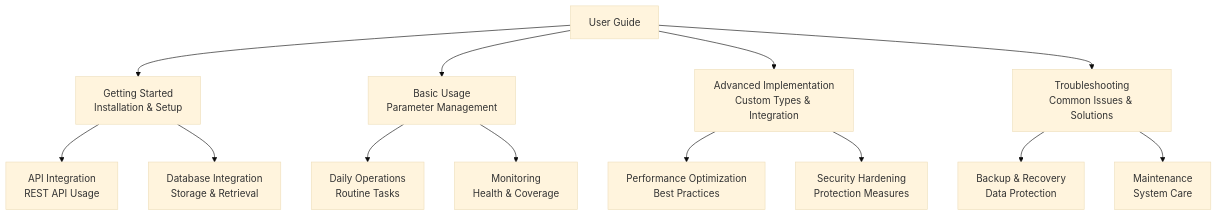
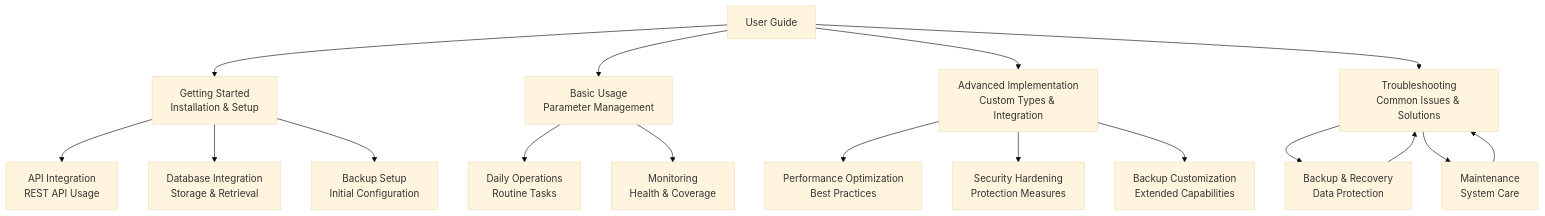
One commit to franckylab/eLISAschool changed diagram 14 of 16 in .qoder/repowiki/en/content/Configuration & Environment Management.md. Above: the diagram before and after it, drawn with Mermaid (base theme). The commit also changed other lines of this file and 254 other files, not shown here.

````diff
--- a/.qoder/repowiki/en/content/Configuration & Environment Management.md
+++ b/.qoder/repowiki/en/content/Configuration & Environment Management.md
@@ -518,15 +790,19 @@
 ```mermaid
 flowchart TD
 UserGuide["User Guide"] --> GettingStarted["Getting Started<br/>Installation & Setup"]
 UserGuide --> BasicUsage["Basic Usage<br/>Parameter Management"]
 UserGuide --> AdvancedImpl["Advanced Implementation<br/>Custom Types & Integration"]
 UserGuide --> Troubleshooting["Troubleshooting<br/>Common Issues & Solutions"]
 GettingStarted --> APIIntegration["API Integration<br/>REST API Usage"]
 GettingStarted --> DBIntegration["Database Integration<br/>Storage & Retrieval"]
+GettingStarted --> BackupSetup["Backup Setup<br/>Initial Configuration"]
 BasicUsage --> DailyOps["Daily Operations<br/>Routine Tasks"]
 BasicUsage --> Monitoring["Monitoring<br/>Health & Coverage"]
 AdvancedImpl --> Performance["Performance Optimization<br/>Best Practices"]
 AdvancedImpl --> Security["Security Hardening<br/>Protection Measures"]
+AdvancedImpl --> BackupCustomization["Backup Customization<br/>Extended Capabilities"]
 Troubleshooting --> BackupRecovery["Backup & Recovery<br/>Data Protection"]
 Troubleshooting --> Maintenance["Maintenance<br/>System Care"]
+BackupRecovery --> Troubleshooting
+Maintenance --> Troubleshooting
 ```
````
